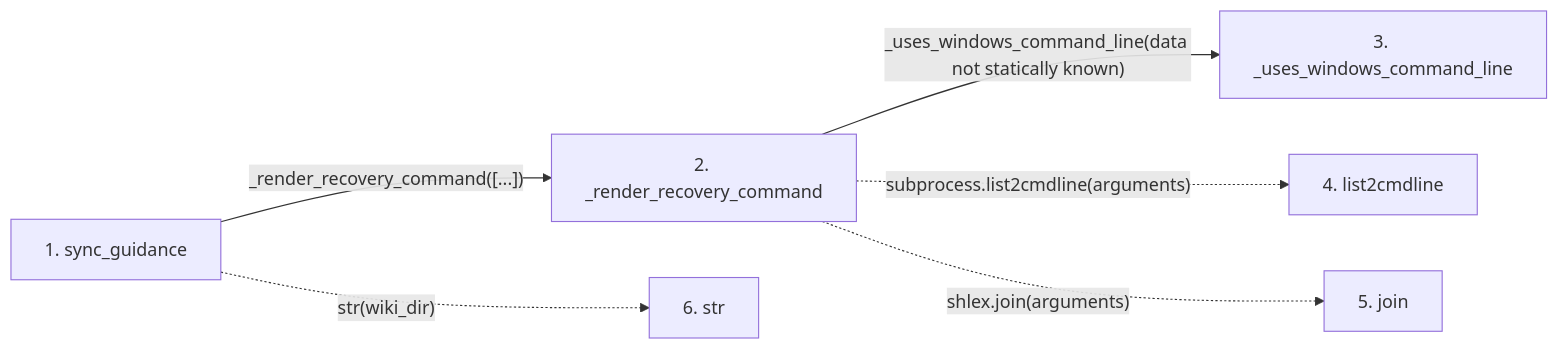
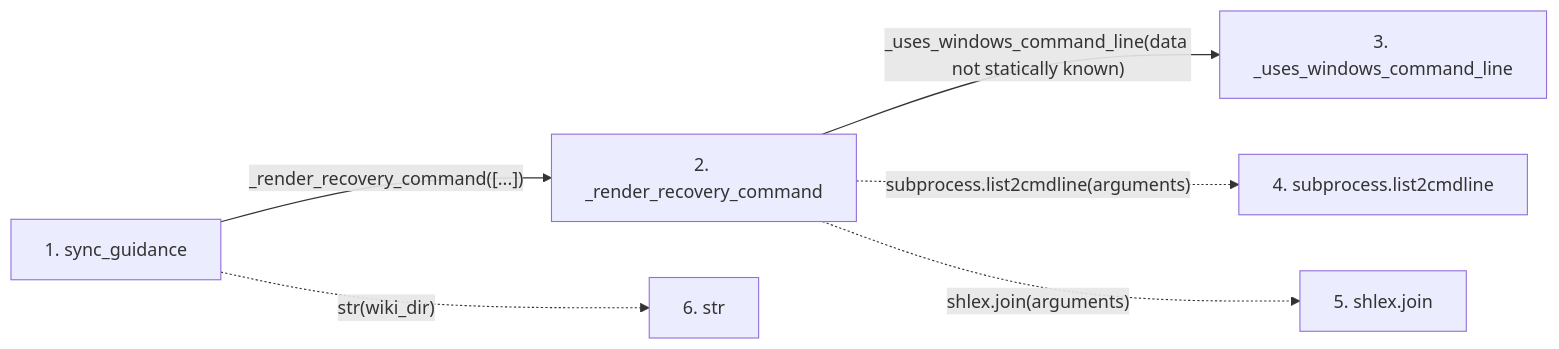
One commit to Denissvgn/python-wiki-llm changed the second of 2 diagrams in docs/llm_wiki/flows/api-sync_guidance.md. Above: the diagram before and after it, drawn with Mermaid. The commit also changed other lines of this file and 719 other files, not shown here.

````diff
--- a/docs/llm_wiki/flows/api-sync_guidance.md
+++ b/docs/llm_wiki/flows/api-sync_guidance.md
@@ -28,17 +28,17 @@
 ```mermaid
 flowchart LR
     s1["1. sync_guidance"]
     s2["2. _render_recovery_command"]
     s3["3. _uses_windows_command_line"]
-    s4["4. list2cmdline"]
-    s5["5. join"]
+    s4["4. subprocess.list2cmdline"]
+    s5["5. shlex.join"]
     s6["6. str"]
     s1 -->|"_render_recovery_command([...])"| s2
     s2 -->|"_uses_windows_command_line(data not statically known)"| s3
     s2 -. "subprocess.list2cmdline(arguments)" .-> s4
     s2 -. "shlex.join(arguments)" .-> s5
     s1 -. "str(wiki_dir)" .-> s6
     click s1 "../modules/wiki_lifecycle.md"
     click s2 "../modules/wiki_lifecycle.md"
     click s3 "../modules/wiki_lifecycle.md"
 ```
````
